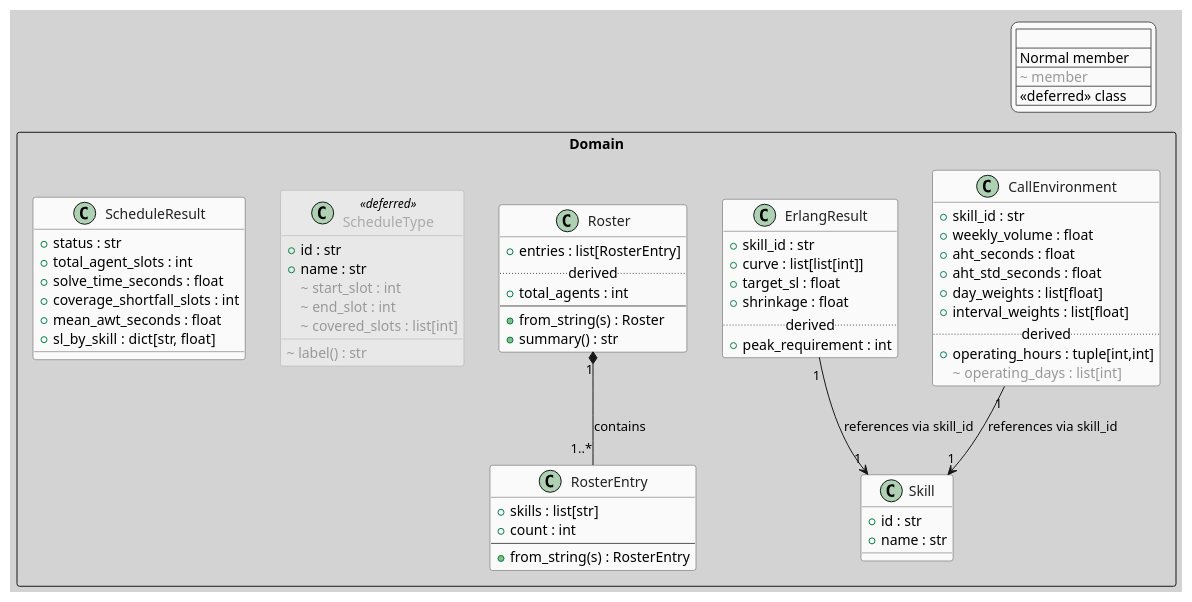
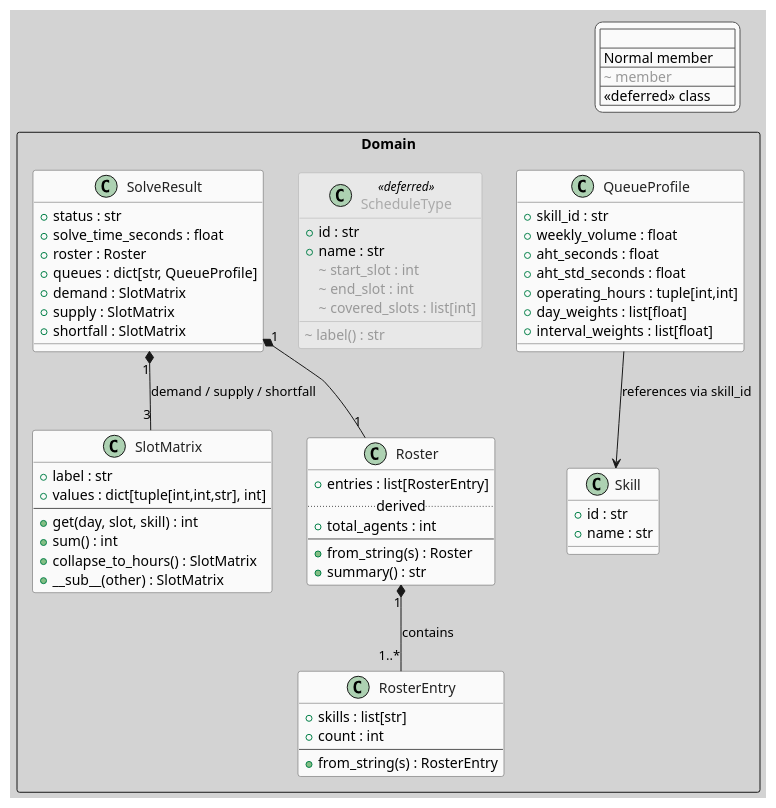
Before and after one commit to neon-tetra/schedule-architect: the diagram in docs/uml/domain_classes.puml, drawn with PlantUML. The commit also changed 3 other files, not shown here.

Commit message:
docs: align UML diagrams with new SolveResult domain model

```diff
--- a/docs/uml/domain_classes.puml
+++ b/docs/uml/domain_classes.puml
@@ -1,105 +1,106 @@
 @startuml domain_entities
 
 skinparam backgroundColor #D3D3D3
 skinparam defaultFontName Segoe UI
 
 skinparam class {
     BackgroundColor #FAFAFA
     BorderColor #555555
     FontColor #222222
     BackgroundColor<<deferred>> #E8E8E8
     BorderColor<<deferred>> #AAAAAA
     FontColor<<deferred>> #AAAAAA
     BorderStyle<<deferred>> dashed
 }
 
 skinparam legend {
     BackgroundColor #FAFAFA
     BorderColor #555555
 }
 
 ' ─────────────────────────────────────────
 ' LEGEND
 ' ─────────────────────────────────────────
 legend top right
   <#FAFAFA,#555555>|                         |
   | Normal member      | Implemented          |
   | <color:#999999>~ member</color>  | Deferred / future    |
   | <<deferred>> class | Placeholder only     |
 endlegend
 
 ' ─────────────────────────────────────────
 ' PACKAGE: Domain
 ' ─────────────────────────────────────────
 package "Domain" <<Rectangle>> {
 
     class Skill {
         + id : str
         + name : str
     }
 
-    class CallEnvironment {
+    class QueueProfile {
         + skill_id : str
         + weekly_volume : float
         + aht_seconds : float
         + aht_std_seconds : float
+        + operating_hours : tuple[int,int]
         + day_weights : list[float]
         + interval_weights : list[float]
-        ..derived..
-        + operating_hours : tuple[int,int]
-        <color:#999999>~ operating_days : list[int]</color>
     }
 
-    class ErlangResult {
-        + skill_id : str
-        + curve : list[list[int]]
-        + target_sl : float
-        + shrinkage : float
-        ..derived..
-        + peak_requirement : int
+    class SlotMatrix {
+        + label : str
+        + values : dict[tuple[int,int,str], int]
+        --
+        + get(day, slot, skill) : int
+        + sum() : int
+        + collapse_to_hours() : SlotMatrix
+        + __sub__(other) : SlotMatrix
     }
 
     class RosterEntry {
         + skills : list[str]
         + count : int
         --
         + from_string(s) : RosterEntry
     }
 
     class Roster {
         + entries : list[RosterEntry]
         ..derived..
         + total_agents : int
         --
         + from_string(s) : Roster
         + summary() : str
     }
 
     class ScheduleType <<deferred>> {
         + id : str
         + name : str
         <color:#999999>~ start_slot : int</color>
         <color:#999999>~ end_slot : int</color>
         <color:#999999>~ covered_slots : list[int]</color>
         <color:#999999>~ label() : str</color>
     }
 
-    class ScheduleResult {
+    class SolveResult {
         + status : str
-        + total_agent_slots : int
         + solve_time_seconds : float
-        + coverage_shortfall_slots : int
-        + mean_awt_seconds : float
-        + sl_by_skill : dict[str, float]
+        + roster : Roster
+        + queues : dict[str, QueueProfile]
+        + demand : SlotMatrix
+        + supply : SlotMatrix
+        + shortfall : SlotMatrix
     }
 
 }
 
 ' ─────────────────────────────────────────
 ' RELATIONSHIPS
 ' ─────────────────────────────────────────
 Roster "1" *-- "1..*" RosterEntry : contains
-CallEnvironment "1" --> "1" Skill : references via skill_id
-ErlangResult "1" --> "1" Skill : references via skill_id
+QueueProfile --> Skill : references via skill_id
+SolveResult "1" *-- "1" Roster
+SolveResult "1" *-- "3" SlotMatrix : demand / supply / shortfall
 
 @enduml
```
